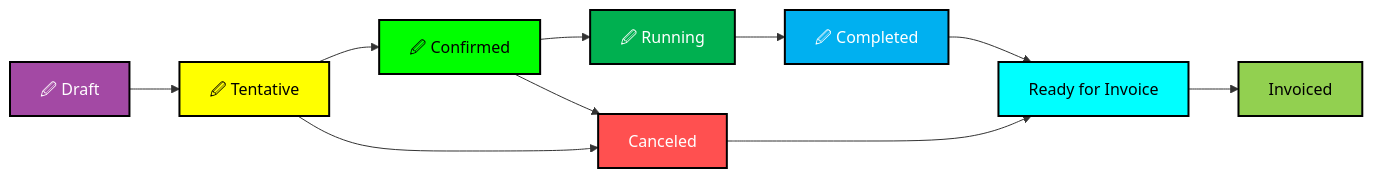
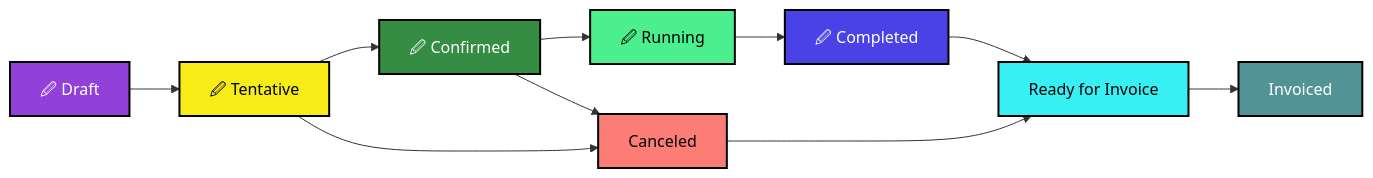
One commit to SkylineCommunications/dataminer-docs changed the diagram in user-guide/Standard_Apps/MediaOps/MediaOps_Concepts/MediaOps_Jobs.md. Above: the diagram before and after it, drawn with Mermaid. The commit also changed other lines of this file and 6 other files, not shown here.

````diff
--- a/user-guide/Standard_Apps/MediaOps/MediaOps_Concepts/MediaOps_Jobs.md
+++ b/user-guide/Standard_Apps/MediaOps/MediaOps_Concepts/MediaOps_Jobs.md
@@ -35,21 +44,21 @@
 ```mermaid
 graph LR
     A[🖉 Draft] --> B[🖉 Tentative]
     B --> C[🖉 Confirmed]
     C --> D[🖉 Running]
     D --> E[🖉 Completed]
     E --> F[Ready for Invoice]
     F --> G[Invoiced]
     C --> H[Canceled]
     B --> H[Canceled]
     H --> F[Ready for Invoice]
 
-    style A fill:#a349a4,stroke:#000,stroke-width:2px,color:#ffffff
-    style B fill:#ffff00,stroke:#000,stroke-width:2px,color:#000000
-    style C fill:#00ff00,stroke:#000,stroke-width:2px,color:#000000
-    style D fill:#00b050,stroke:#000,stroke-width:2px,color:#ffffff
-    style E fill:#00b0f0,stroke:#000,stroke-width:2px,color:#ffffff
-    style F fill:#00ffff,stroke:#000,stroke-width:2px,color:#000000
-    style G fill:#92d050,stroke:#000,stroke-width:2px,color:#000000
-    style H fill:#ff5050,stroke:#000,stroke-width:2px,color:#ffffff
+    style A fill:#9140D9,stroke:#000,stroke-width:2px,color:#ffffff
+    style B fill:#F7EC15,stroke:#000,stroke-width:2px,color:#000000
+    style C fill:#348D42,stroke:#000,stroke-width:2px,color:#ffffff
+    style D fill:#4CEF8E,stroke:#000,stroke-width:2px,color:#000000
+    style E fill:#4A41E6,stroke:#000,stroke-width:2px,color:#ffffff
+    style F fill:#36F0F3,stroke:#000,stroke-width:2px,color:#000000
+    style G fill:#529495,stroke:#000,stroke-width:2px,color:#ffffff
+    style H fill:#FC7D76,stroke:#000,stroke-width:2px,color:#000000
 ```
````
